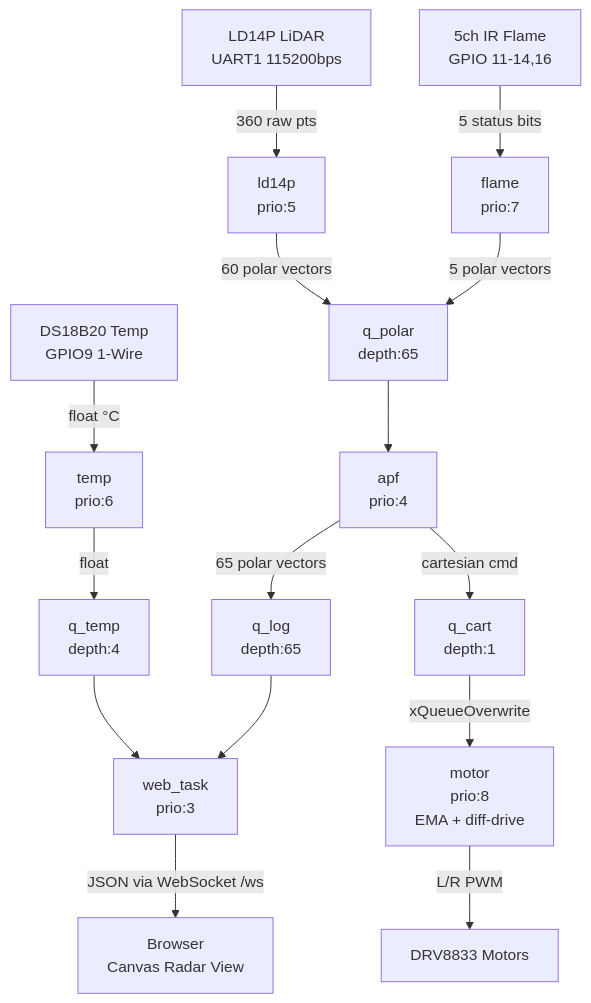
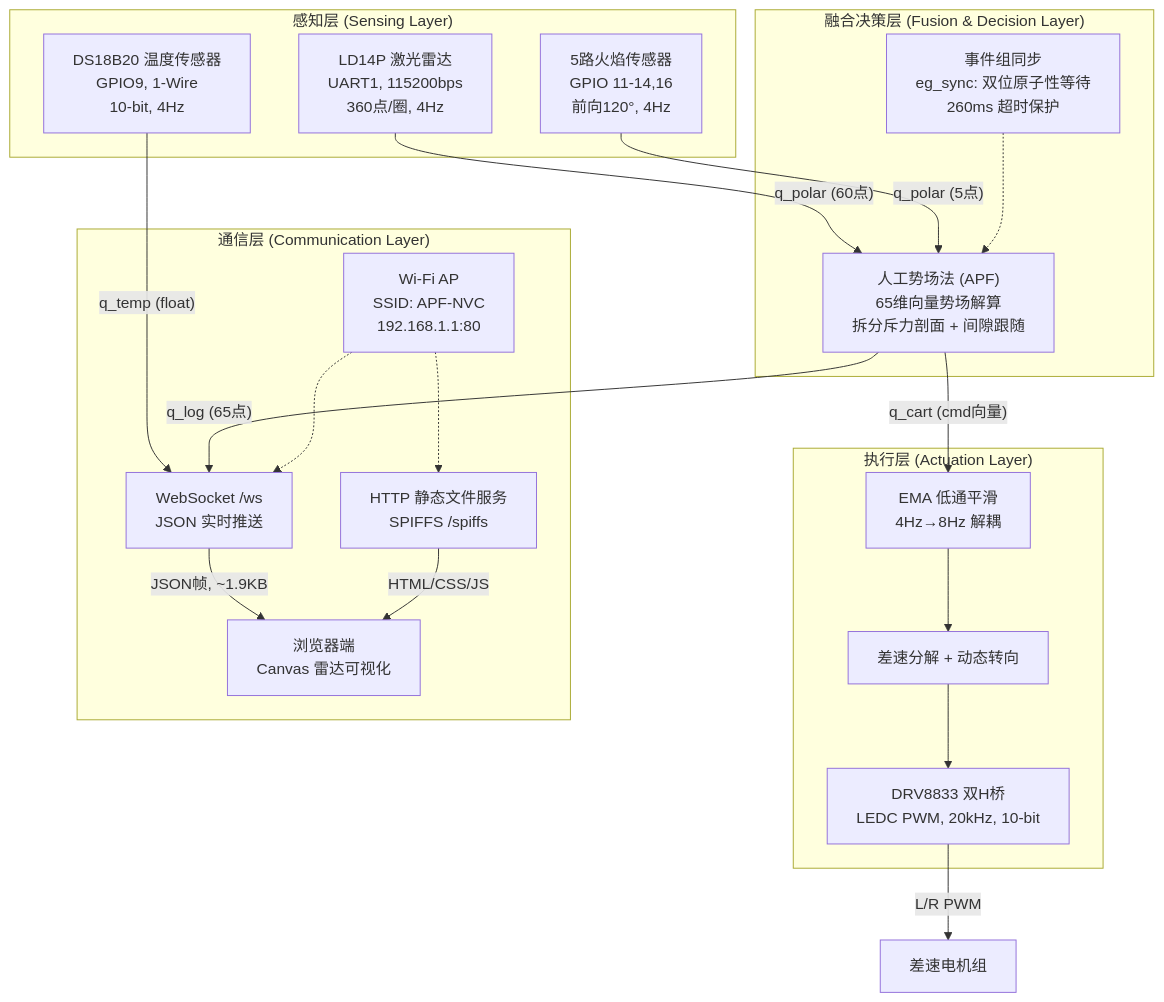
The first of 2 diagrams in README.md (axwhizee/TARS), drawn with Mermaid before and after one commit. The commit also changed other lines of this file, not shown here.

Commit message:
更新：根据最新的框图，更新 README.md

````diff
--- a/README.md
+++ b/README.md
@@ -85,22 +85,40 @@
 ```mermaid
-graph TD
-    LD14P[LD14P LiDAR<br/>UART1 115200bps] -->|360 raw pts| LIDAR[ld14p<br/>prio:5]
-    FLAME[5ch IR Flame<br/>GPIO 11-14,16] -->|5 status bits| FL_TASK[flame<br/>prio:7]
-    DS18B20[DS18B20 Temp<br/>GPIO9 1-Wire] -->|float °C| TEMP[temp<br/>prio:6]
+graph TB
+    subgraph Sensing["感知层 (Sensing Layer)"]
+        LIDAR["LD14P 激光雷达<br/>UART1, 115200bps<br/>360点/圈, 4Hz"]
+        FLAME["5路火焰传感器<br/>GPIO 11-14,16<br/>前向120°, 4Hz"]
+        TEMP["DS18B20 温度传感器<br/>GPIO9, 1-Wire<br/>10-bit, 4Hz"]
+    end
 
-    LIDAR -->|60 polar vectors| QP[q_polar<br/>depth:65]
-    FL_TASK -->|5 polar vectors| QP
-    TEMP -->|float| QT[q_temp<br/>depth:4]
+    subgraph Fusion["融合决策层 (Fusion & Decision Layer)"]
+        APF["人工势场法 (APF)<br/>65维向量势场解算<br/>拆分斥力剖面 + 间隙跟随"]
+        SYNC["事件组同步<br/>eg_sync: 双位原子性等待<br/>260ms 超时保护"]
+    end
 
-    QP --> APF[apf<br/>prio:4]
-    APF -->|65 polar vectors| QL[q_log<br/>depth:65]
-    APF -->|cartesian cmd| QC[q_cart<br/>depth:1]
+    subgraph Actuation["执行层 (Actuation Layer)"]
+        EMA["EMA 低通平滑<br/>4Hz→8Hz 解耦"]
+        DIFF["差速分解 + 动态转向"]
+        PWM["DRV8833 双H桥<br/>LEDC PWM, 20kHz, 10-bit"]
+    end
 
-    QL --> WEB[web_task<br/>prio:3]
-    QT --> WEB
+    subgraph Comm["通信层 (Communication Layer)"]
+        AP["Wi-Fi AP<br/>SSID: APF-NVC<br/>192.168.1.1:80"]
+        WS["WebSocket /ws<br/>JSON 实时推送"]
+        HTTP["HTTP 静态文件服务<br/>SPIFFS /spiffs"]
+        BROWSER["浏览器端<br/>Canvas 雷达可视化"]
+    end
 
-    WEB -->|JSON via WebSocket /ws| BROWSER[Browser<br/>Canvas Radar View]
-    QC -->|xQueueOverwrite| MOTOR[motor<br/>prio:8<br/>EMA + diff-drive]
-
-    MOTOR -->|L/R PWM| DRV[DRV8833 Motors]
+    LIDAR -->|"q_polar (60点)"| APF
+    FLAME -->|"q_polar (5点)"| APF
+    TEMP -->|"q_temp (float)"| WS
+    APF -->|"q_cart (cmd向量)"| EMA
+    APF -->|"q_log (65点)"| WS
+    SYNC -.-> APF
+    EMA --> DIFF
+    DIFF --> PWM
+    PWM -->|"L/R PWM"| MOTOR["差速电机组"]
+    WS -->|"JSON帧, ~1.9KB"| BROWSER
+    HTTP -->|"HTML/CSS/JS"| BROWSER
+    AP -.-> WS
+    AP -.-> HTTP
 ```
````
